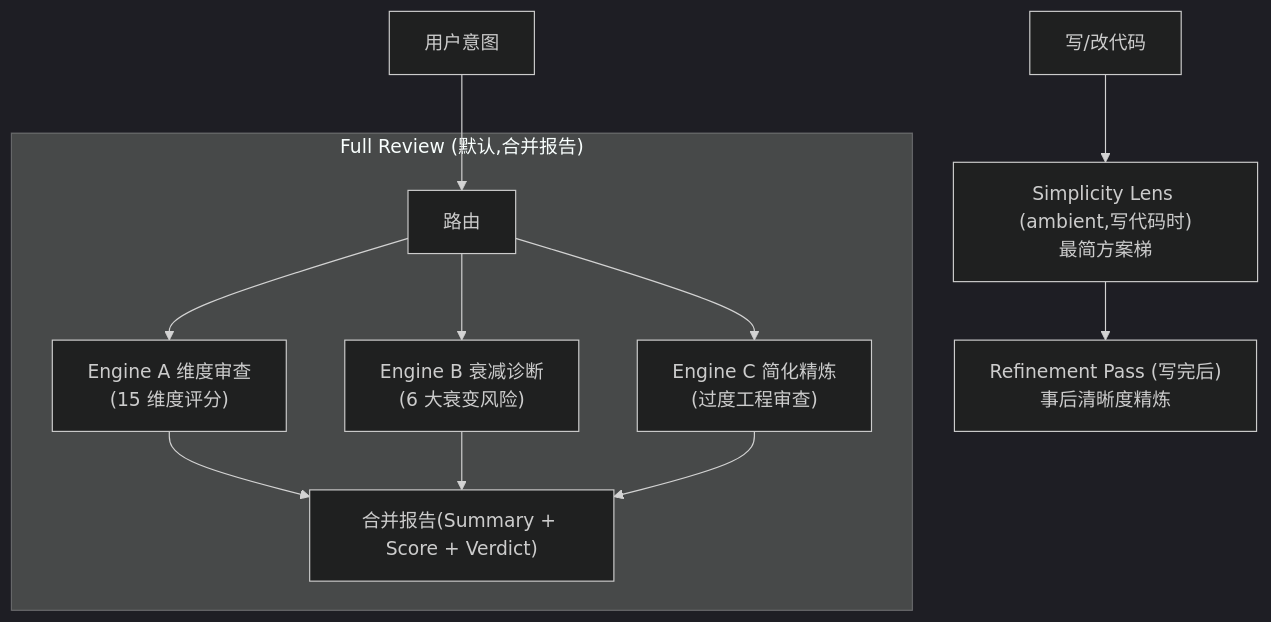
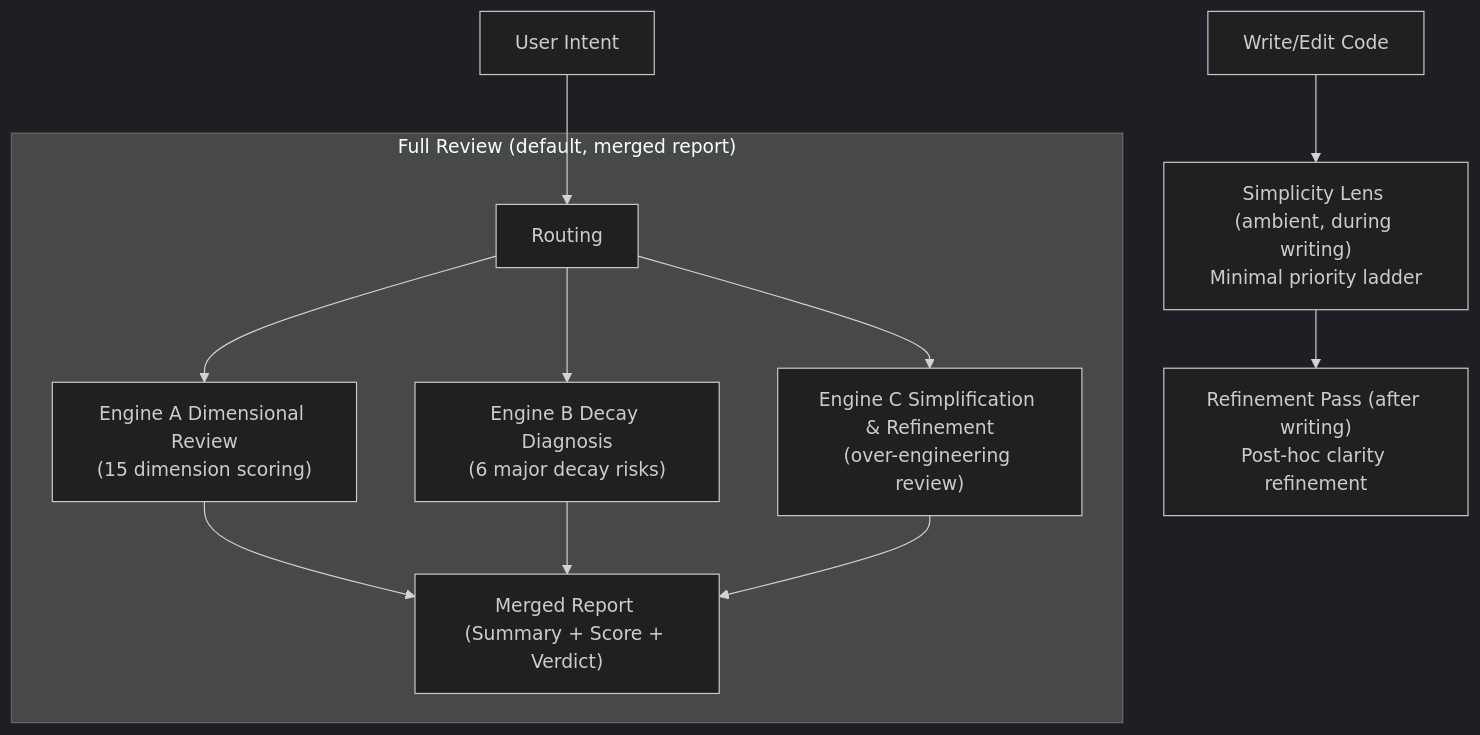
Before and after one commit to Kirky-X/diting: the diagram in README.md, drawn with Mermaid (dark theme). The commit also changed other lines of this file and 78 other files, not shown here.

````diff
--- a/README.md
+++ b/README.md
@@ -125,14 +125,14 @@
 ```mermaid
 flowchart TD
-    User["用户意图"] --> Route["路由"]
-    subgraph Full["Full Review (默认,合并报告)"]
-        Route --> EA["Engine A 维度审查<br/>(15 维度评分)"]
-        Route --> EB["Engine B 衰减诊断<br/>(6 大衰变风险)"]
-        Route --> EC["Engine C 简化精炼<br/>(过度工程审查)"]
-        EA --> Merge["合并报告(Summary + Score + Verdict)"]
+    User["User Intent"] --> Route["Routing"]
+    subgraph Full["Full Review (default, merged report)"]
+        Route --> EA["Engine A Dimensional Review<br/>(15 dimension scoring)"]
+        Route --> EB["Engine B Decay Diagnosis<br/>(6 major decay risks)"]
+        Route --> EC["Engine C Simplification & Refinement<br/>(over-engineering review)"]
+        EA --> Merge["Merged Report (Summary + Score + Verdict)"]
         EB --> Merge
         EC --> Merge
     end
-    Code["写/改代码"] --> Lens["Simplicity Lens (ambient,写代码时)<br/>最简方案梯"]
-    Lens --> Refine["Refinement Pass (写完后)<br/>事后清晰度精炼"]
+    Code["Write/Edit Code"] --> Lens["Simplicity Lens (ambient, during writing)<br/>Minimal priority ladder"]
+    Lens --> Refine["Refinement Pass (after writing)<br/>Post-hoc clarity refinement"]
 ```
````
